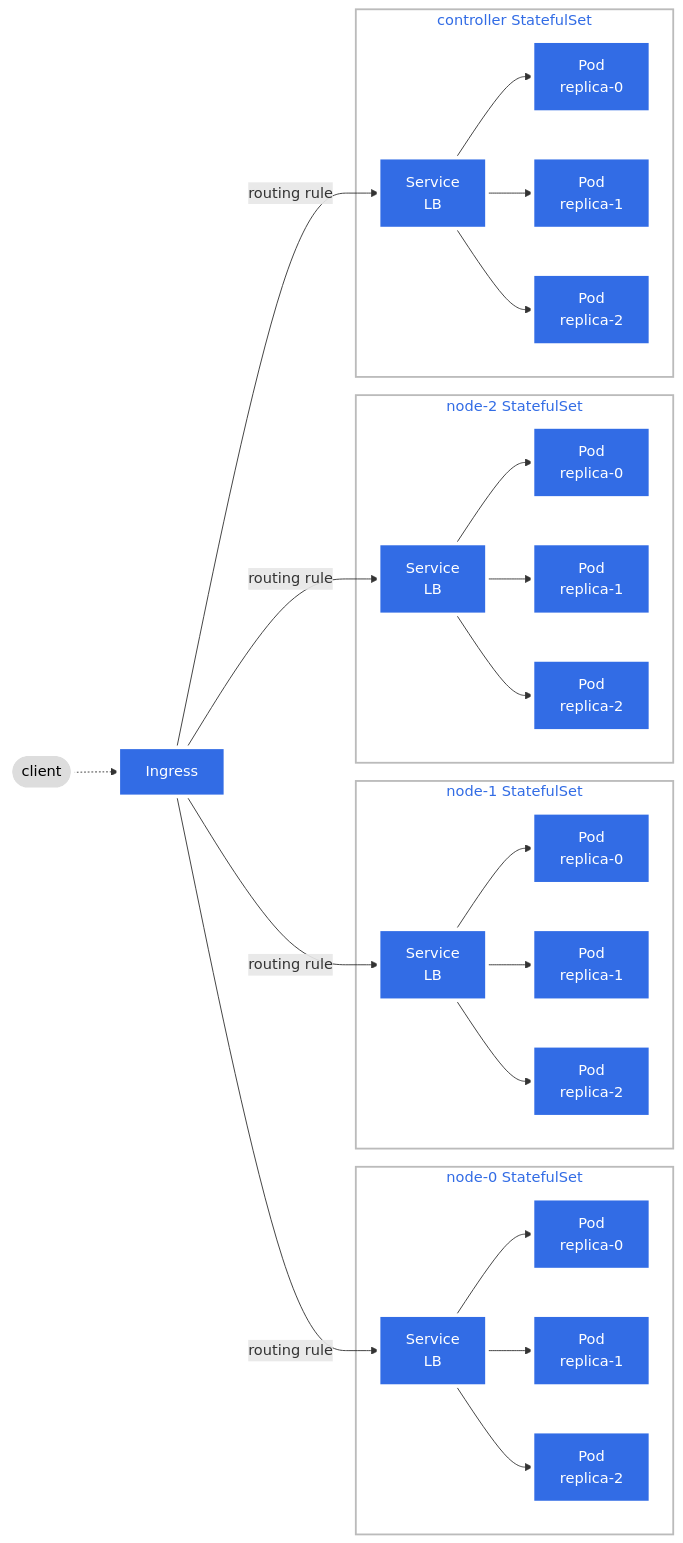
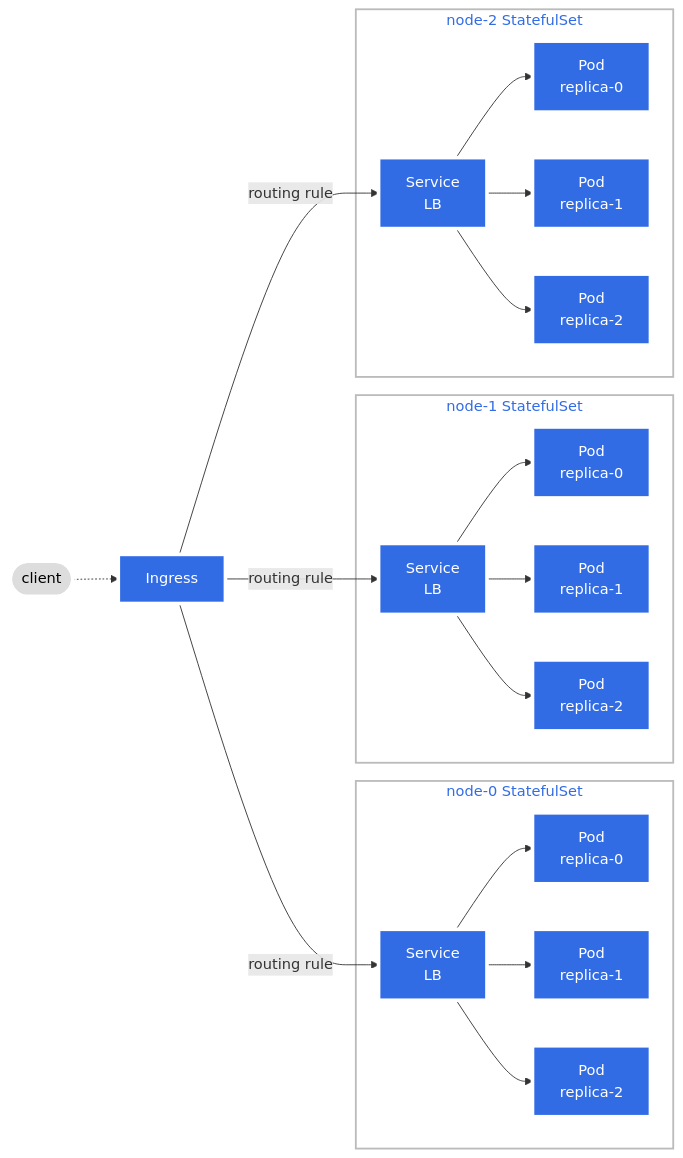
The diagram in README.md (CaptainIRS/sharded-kvs), drawn with Mermaid before and after one commit. The commit also changed 8 other files, not shown here.

````diff
--- a/README.md
+++ b/README.md
@@ -77,34 +77,28 @@
 ```mermaid
 graph LR;
  client([client]).->ingress[Ingress];
  ingress-->|routing rule|service0[Service<br>LB];
  ingress-->|routing rule|service1[Service<br>LB];
  ingress-->|routing rule|service2[Service<br>LB];
- ingress-->|routing rule|servicec[Service<br>LB];
  subgraph node0[node-0 StatefulSet]
  service0-->pod00[Pod<br>replica-0];
  service0-->pod01[Pod<br>replica-1];
  service0-->pod02[Pod<br>replica-2];
  end
  subgraph node1[node-1 StatefulSet]
  service1-->pod10[Pod<br>replica-0];
  service1-->pod11[Pod<br>replica-1];
  service1-->pod12[Pod<br>replica-2];
  end
  subgraph node2[node-2 StatefulSet]
  service2-->pod20[Pod<br>replica-0];
  service2-->pod21[Pod<br>replica-1];
  service2-->pod22[Pod<br>replica-2];
  end
- subgraph controller[controller StatefulSet]
- servicec-->podc0[Pod<br>replica-0];
- servicec-->podc1[Pod<br>replica-1];
- servicec-->podc2[Pod<br>replica-2];
- end
  classDef plain fill:#ddd,stroke:#fff,stroke-width:4px,color:#000;
  classDef k8s fill:#326ce5,stroke:#fff,stroke-width:4px,color:#fff;
  classDef cluster fill:#fff,stroke:#bbb,stroke-width:2px,color:#326ce5;
- class ingress,service0,ingress1,service1,ingress2,service2,servicec,pod01,pod02,pod00,pod11,pod12,pod10,pod21,pod22,pod20,podc0,podc1,podc2 k8s;
+ class ingress,service0,ingress1,service1,ingress2,service2,pod01,pod02,pod00,pod11,pod12,pod10,pod21,pod22,pod20 k8s;
  class client plain;
  class node0,node1,node2 cluster;
 ```
````
